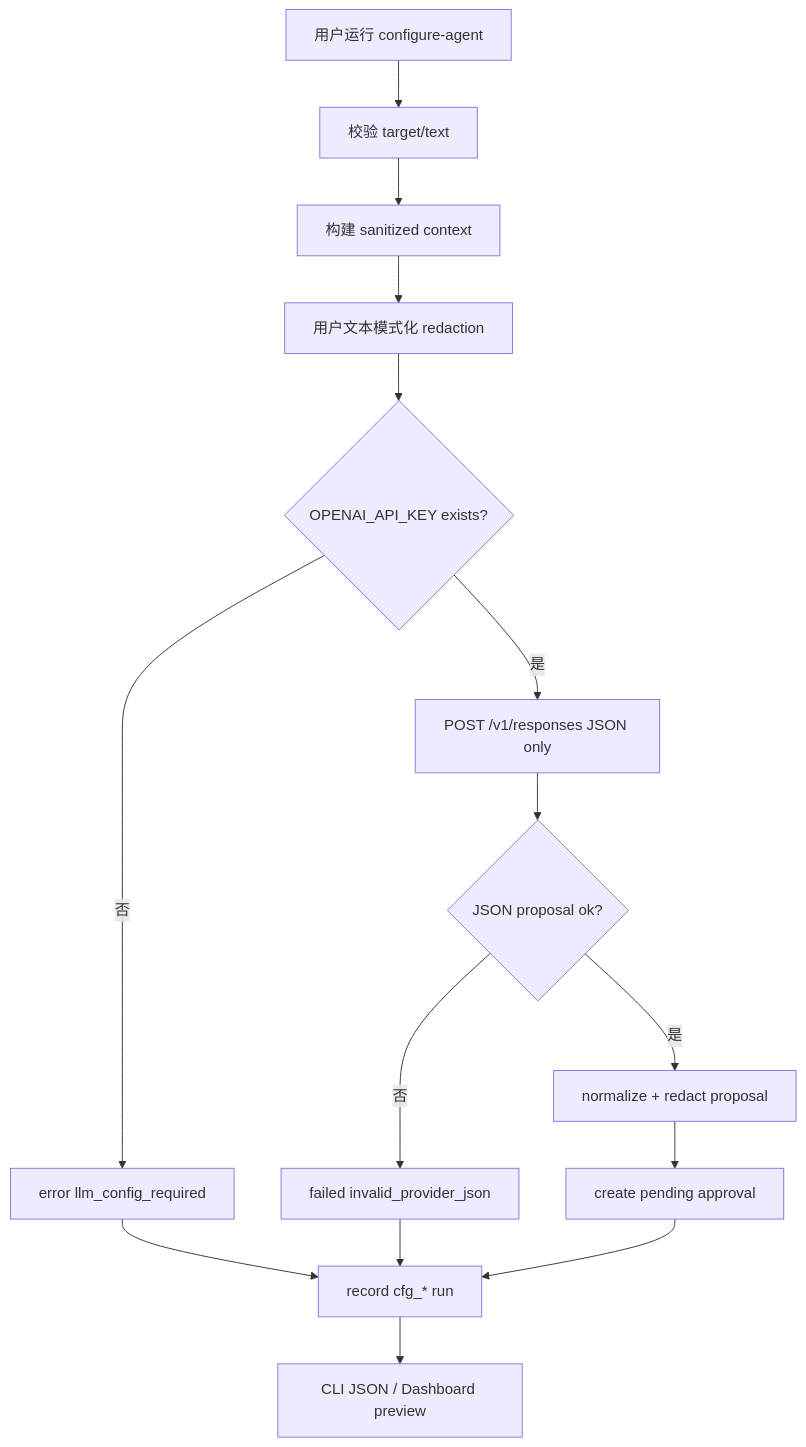
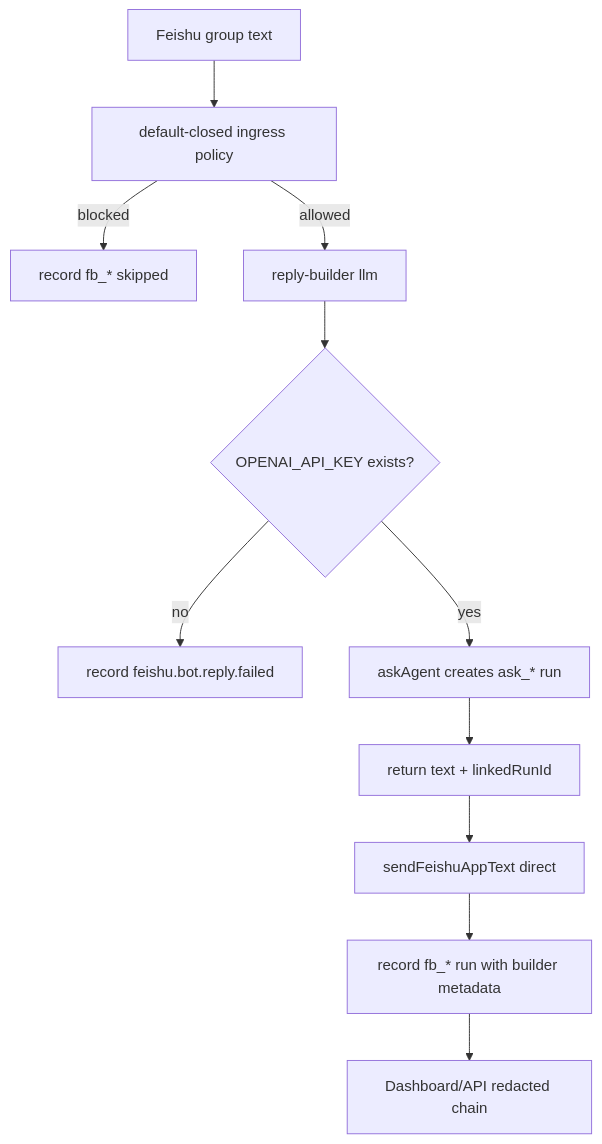
The fourth of 9 diagrams in docs/implementation-architecture.md (mayf3/myclaw), drawn with Mermaid before and after one commit. The commit also changed other lines of this file and 30 other files, not shown here.

Commit message:
feat: link feishu llm replies to ask runs

````diff
--- a/docs/implementation-architecture.md
+++ b/docs/implementation-architecture.md
@@ -116,17 +122,13 @@
 ```mermaid
 flowchart TD
-  Start["用户运行 configure-agent"] --> Validate["校验 target/text"]
-  Validate --> Sanitize["构建 sanitized context"]
-  Sanitize --> RedactText["用户文本模式化 redaction"]
-  RedactText --> Key{"OPENAI_API_KEY exists?"}
-  Key -->|否| NeedConfig["error llm_config_required"]
-  Key -->|是| Request["POST /v1/responses JSON only"]
-  Request --> Parse{"JSON proposal ok?"}
-  Parse -->|否| Failed["failed invalid_provider_json"]
-  Parse -->|是| Normalize["normalize + redact proposal"]
-  Normalize --> Approval["create pending approval"]
-  Approval --> Persist["record cfg_* run"]
-  NeedConfig --> Persist
-  Failed --> Persist
-  Persist --> Output["CLI JSON / Dashboard preview"]
+  Start["Feishu group text"] --> Policy["default-closed ingress policy"]
+  Policy -->|blocked| Skipped["record fb_* skipped"]
+  Policy -->|allowed| Builder["reply-builder llm"]
+  Builder --> Key{"OPENAI_API_KEY exists?"}
+  Key -->|no| Failed["record feishu.bot.reply.failed"]
+  Key -->|yes| Ask["askAgent creates ask_* run"]
+  Ask --> ReplyMeta["return text + linkedRunId"]
+  ReplyMeta --> Send["sendFeishuAppText direct"]
+  Send --> Persist["record fb_* run with builder metadata"]
+  Persist --> Dashboard["Dashboard/API redacted chain"]
 ```
````
